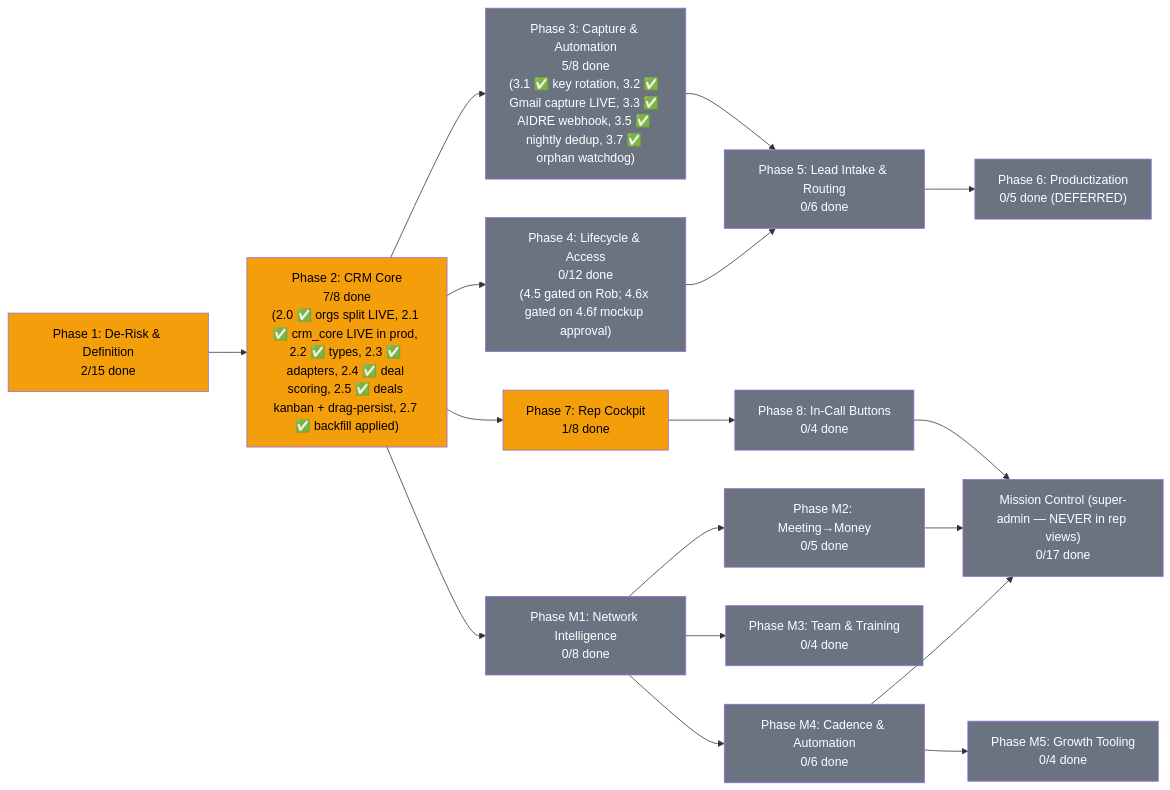
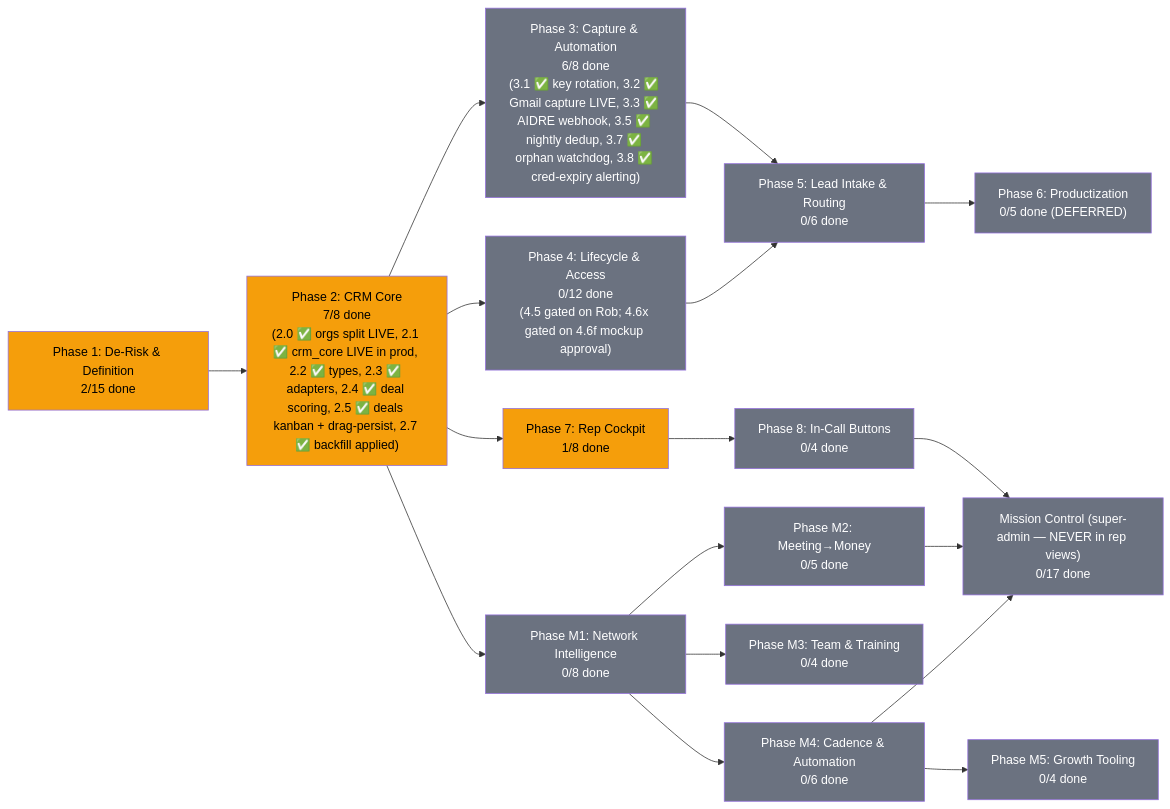
Before and after one commit to blacklabelbob/mle-rob-dashboard: the diagram in docs/plans/PRD-mle-crm.md, drawn with Mermaid. The commit also changed other lines of this file and 5 other files, not shown here.

````diff
--- a/docs/plans/PRD-mle-crm.md
+++ b/docs/plans/PRD-mle-crm.md
@@ -24,34 +24,34 @@
 ```mermaid
 flowchart LR
     P1["Phase 1: De-Risk & Definition<br/>2/15 done"] --> P2["Phase 2: CRM Core<br/>7/8 done<br/>(2.0 ✅ orgs split LIVE, 2.1 ✅ crm_core LIVE in prod, 2.2 ✅ types, 2.3 ✅ adapters, 2.4 ✅ deal scoring, 2.5 ✅ deals kanban + drag-persist, 2.7 ✅ backfill applied)"]
-    P2 --> P3["Phase 3: Capture & Automation<br/>5/8 done<br/>(3.1 ✅ key rotation, 3.2 ✅ Gmail capture LIVE, 3.3 ✅ AIDRE webhook, 3.5 ✅ nightly dedup, 3.7 ✅ orphan watchdog)"]
+    P2 --> P3["Phase 3: Capture & Automation<br/>6/8 done<br/>(3.1 ✅ key rotation, 3.2 ✅ Gmail capture LIVE, 3.3 ✅ AIDRE webhook, 3.5 ✅ nightly dedup, 3.7 ✅ orphan watchdog, 3.8 ✅ cred-expiry alerting)"]
     P2 --> P4["Phase 4: Lifecycle & Access<br/>0/12 done<br/>(4.5 gated on Rob; 4.6x gated on 4.6f mockup approval)"]
     P2 --> P7["Phase 7: Rep Cockpit<br/>1/8 done"]
     P7 --> P8["Phase 8: In-Call Buttons<br/>0/4 done"]
     P3 --> P5["Phase 5: Lead Intake & Routing<br/>0/6 done"]
     P4 --> P5
     P5 --> P6["Phase 6: Productization<br/>0/5 done (DEFERRED)"]
     P2 --> M1["Phase M1: Network Intelligence<br/>0/8 done"]
     M1 --> M2["Phase M2: Meeting→Money<br/>0/5 done"]
     M1 --> M3["Phase M3: Team & Training<br/>0/4 done"]
     M1 --> M4["Phase M4: Cadence & Automation<br/>0/6 done"]
     M4 --> M5["Phase M5: Growth Tooling<br/>0/4 done"]
     P8 --> MC["Mission Control (super-admin — NEVER in rep views)<br/>0/17 done"]
     M2 --> MC
     M4 --> MC
 
     style P1 fill:#f59e0b,color:#000
     style P2 fill:#f59e0b,color:#000
     style P3 fill:#6b7280,color:#fff
     style P4 fill:#6b7280,color:#fff
     style P5 fill:#6b7280,color:#fff
     style P6 fill:#6b7280,color:#fff
     style P7 fill:#f59e0b,color:#000
     style P8 fill:#6b7280,color:#fff
     style M1 fill:#6b7280,color:#fff
     style M2 fill:#6b7280,color:#fff
     style M3 fill:#6b7280,color:#fff
     style M4 fill:#6b7280,color:#fff
     style M5 fill:#6b7280,color:#fff
     style MC fill:#6b7280,color:#fff
 ```
````
